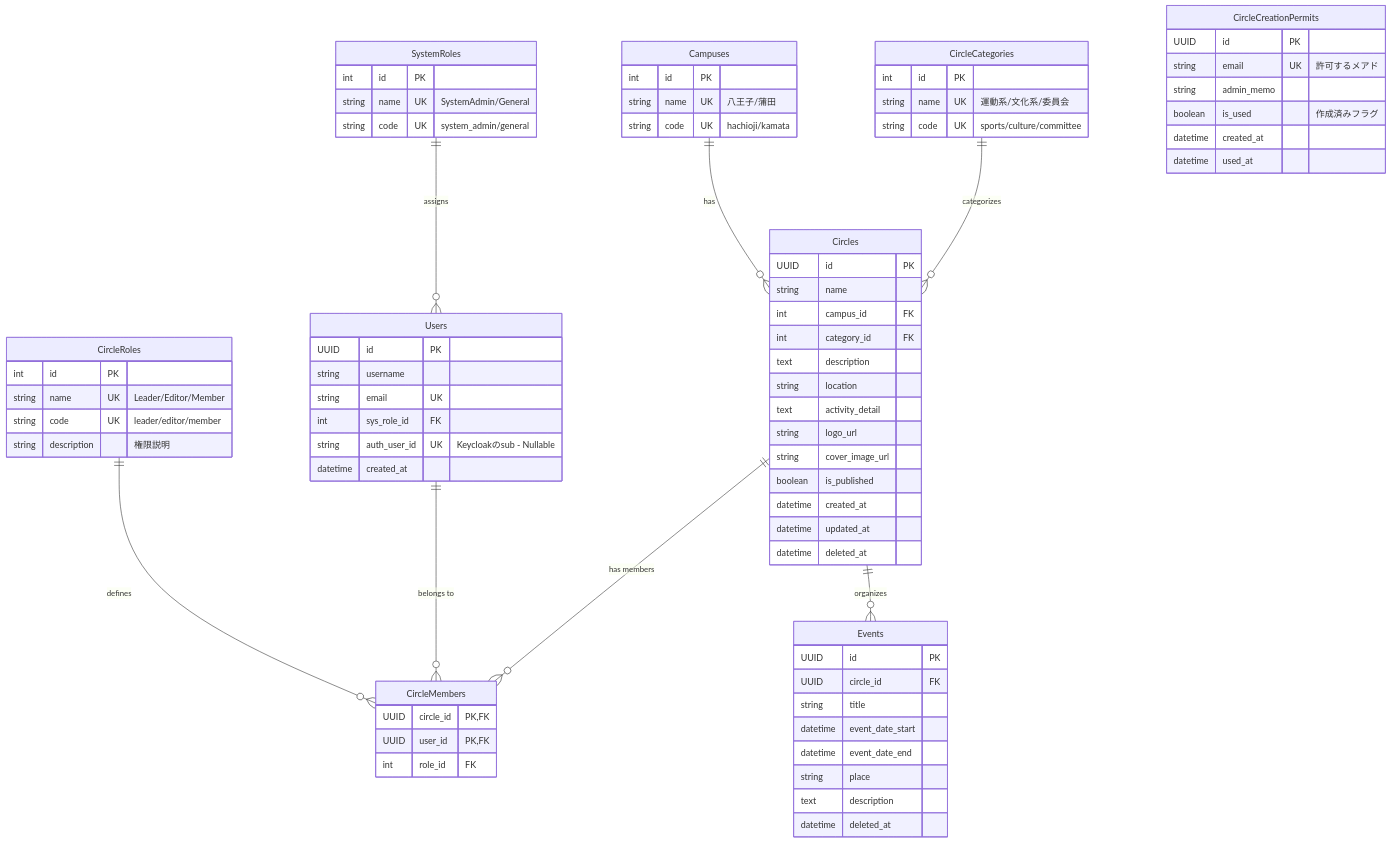
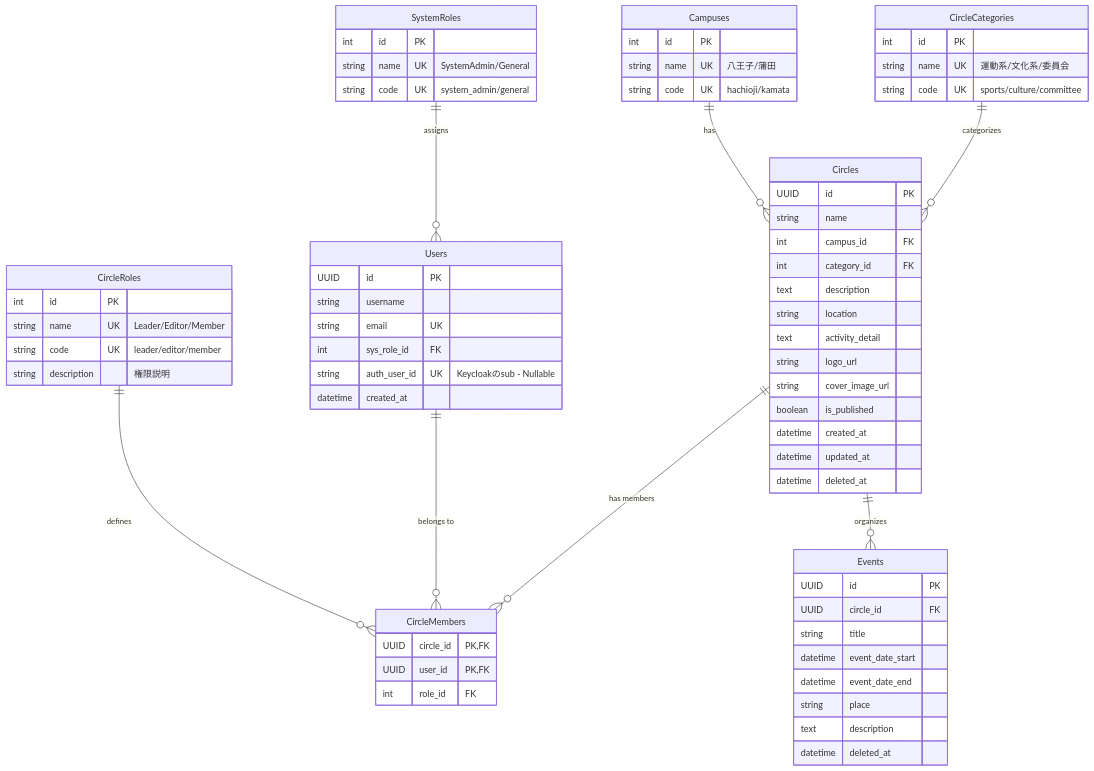
One commit to lc-tut/CirclePortalNEXT changed the third of 4 diagrams in docs/要件定義書.md. Above: the diagram before and after it, drawn with Mermaid. The commit also changed other lines of this file and 1 other file, not shown here.

````diff
--- a/docs/要件定義書.md
+++ b/docs/要件定義書.md
@@ -267,13 +339,4 @@
         text description
         datetime deleted_at
     }
-    
-    CircleCreationPermits {
-        UUID id PK
-        string email UK "許可するメアド"
-        string admin_memo
-        boolean is_used "作成済みフラグ"
-        datetime created_at
-        datetime used_at
-    }
 ```
````
